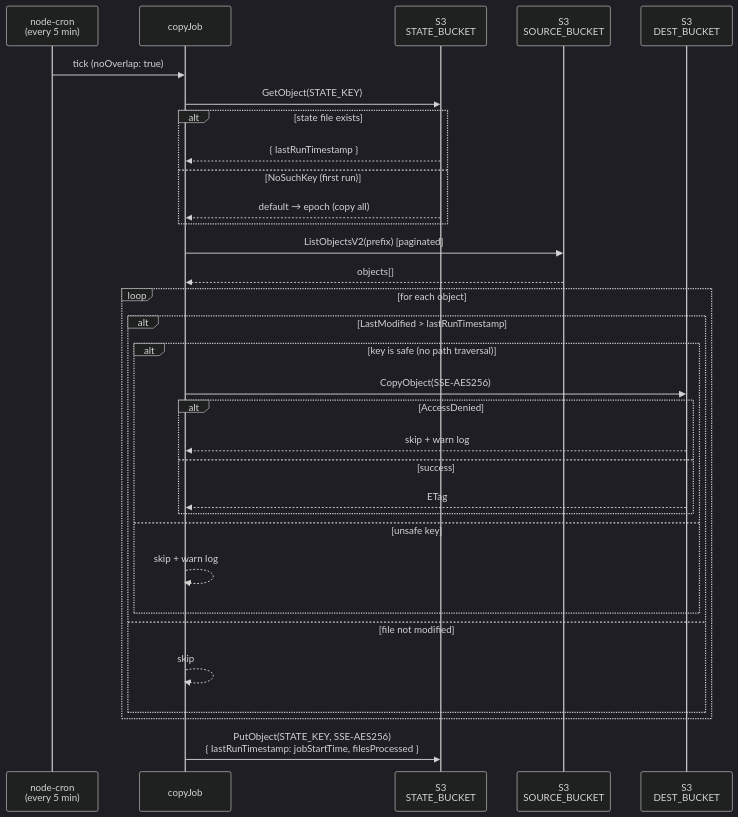
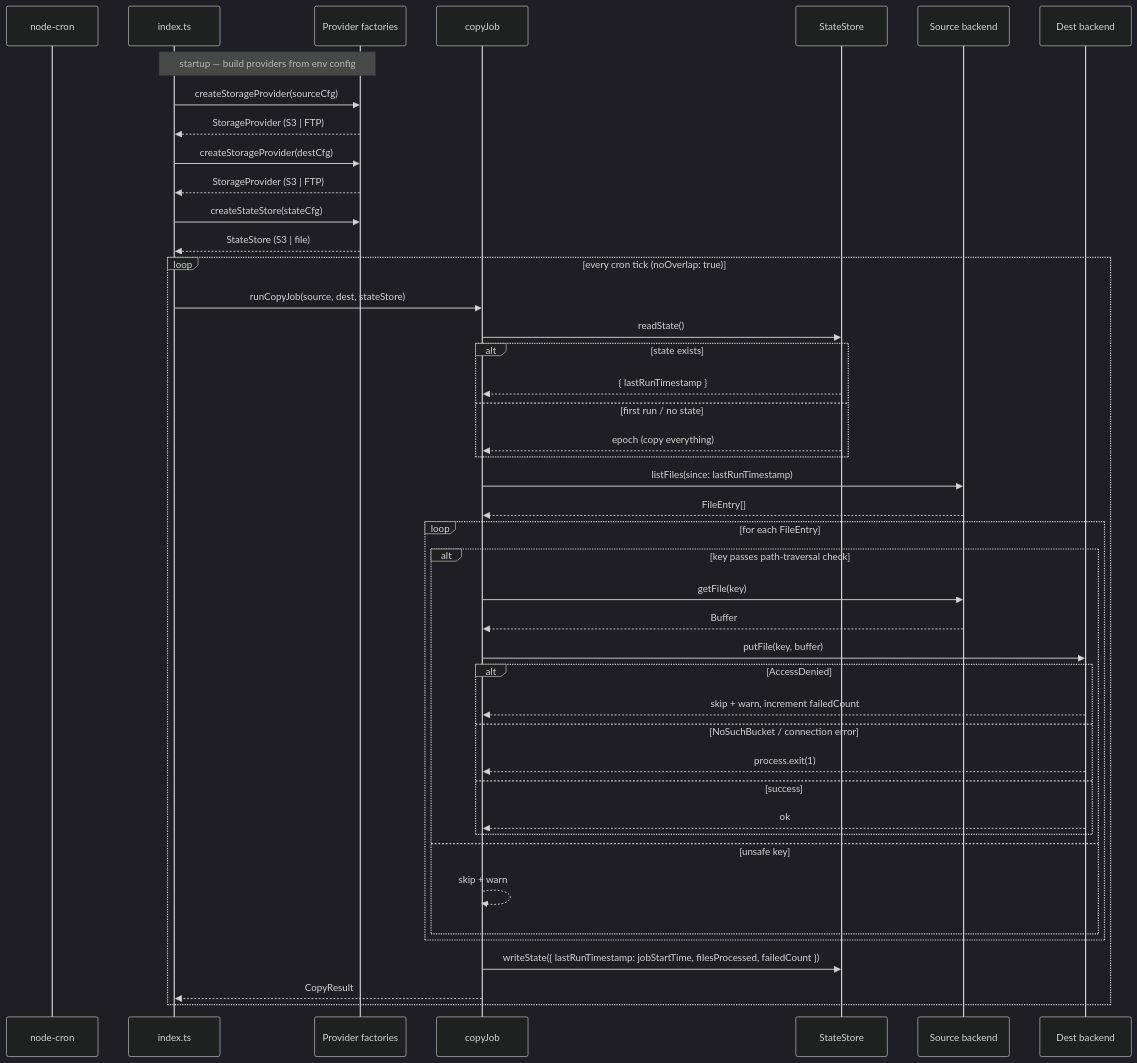
The diagram in README.md (vvepretskiy/s3-sync-cron), drawn with Mermaid (dark theme) before and after one commit. The commit also changed other lines of this file, not shown here.

````diff
--- a/README.md
+++ b/README.md
@@ -94,39 +204,52 @@
 ```mermaid
 sequenceDiagram
-    participant Cron as node-cron<br/>(every 5 min)
+    participant Cron as node-cron
+    participant Index as index.ts
+    participant Factory as Provider factories
     participant Job as copyJob
-    participant StateS3 as S3<br/>STATE_BUCKET
-    participant SrcS3 as S3<br/>SOURCE_BUCKET
-    participant DstS3 as S3<br/>DEST_BUCKET
+    participant State as StateStore
+    participant Src as Source backend
+    participant Dst as Dest backend
 
-    Cron->>Job: tick (noOverlap: true)
+    Note over Index,Factory: startup — build providers from env config
+    Index->>Factory: createStorageProvider(sourceCfg)
+    Factory-->>Index: StorageProvider (S3 | FTP)
+    Index->>Factory: createStorageProvider(destCfg)
+    Factory-->>Index: StorageProvider (S3 | FTP)
+    Index->>Factory: createStateStore(stateCfg)
+    Factory-->>Index: StateStore (S3 | file)
 
-    Job->>StateS3: GetObject(STATE_KEY)
-    alt state file exists
-        StateS3-->>Job: { lastRunTimestamp }
-    else NoSuchKey (first run)
-        StateS3-->>Job: default → epoch (copy all)
-    end
+    loop every cron tick (noOverlap: true)
+        Index->>Job: runCopyJob(source, dest, stateStore)
 
-    Job->>SrcS3: ListObjectsV2(prefix) [paginated]
-    SrcS3-->>Job: objects[]
+        Job->>State: readState()
+        alt state exists
+            State-->>Job: { lastRunTimestamp }
+        else first run / no state
+            State-->>Job: epoch (copy everything)
+        end
 
-    loop for each object
-        alt LastModified > lastRunTimestamp
-            alt key is safe (no path traversal)
-                Job->>DstS3: CopyObject(SSE-AES256)
+        Job->>Src: listFiles(since: lastRunTimestamp)
+        Src-->>Job: FileEntry[]
+
+        loop for each FileEntry
+            alt key passes path-traversal check
+                Job->>Src: getFile(key)
+                Src-->>Job: Buffer
+                Job->>Dst: putFile(key, buffer)
                 alt AccessDenied
-                    DstS3-->>Job: skip + warn log
+                    Dst-->>Job: skip + warn, increment failedCount
+                else NoSuchBucket / connection error
+                    Dst-->>Job: process.exit(1)
                 else success
-                    DstS3-->>Job: ETag
+                    Dst-->>Job: ok
                 end
             else unsafe key
-                Job-->>Job: skip + warn log
+                Job-->>Job: skip + warn
             end
-        else file not modified
-            Job-->>Job: skip
         end
+
+        Job->>State: writeState({ lastRunTimestamp: jobStartTime, filesProcessed, failedCount })
+        Job-->>Index: CopyResult
     end
-
-    Job->>StateS3: PutObject(STATE_KEY, SSE-AES256)<br/>{ lastRunTimestamp: jobStartTime, filesProcessed }
 ```
````
